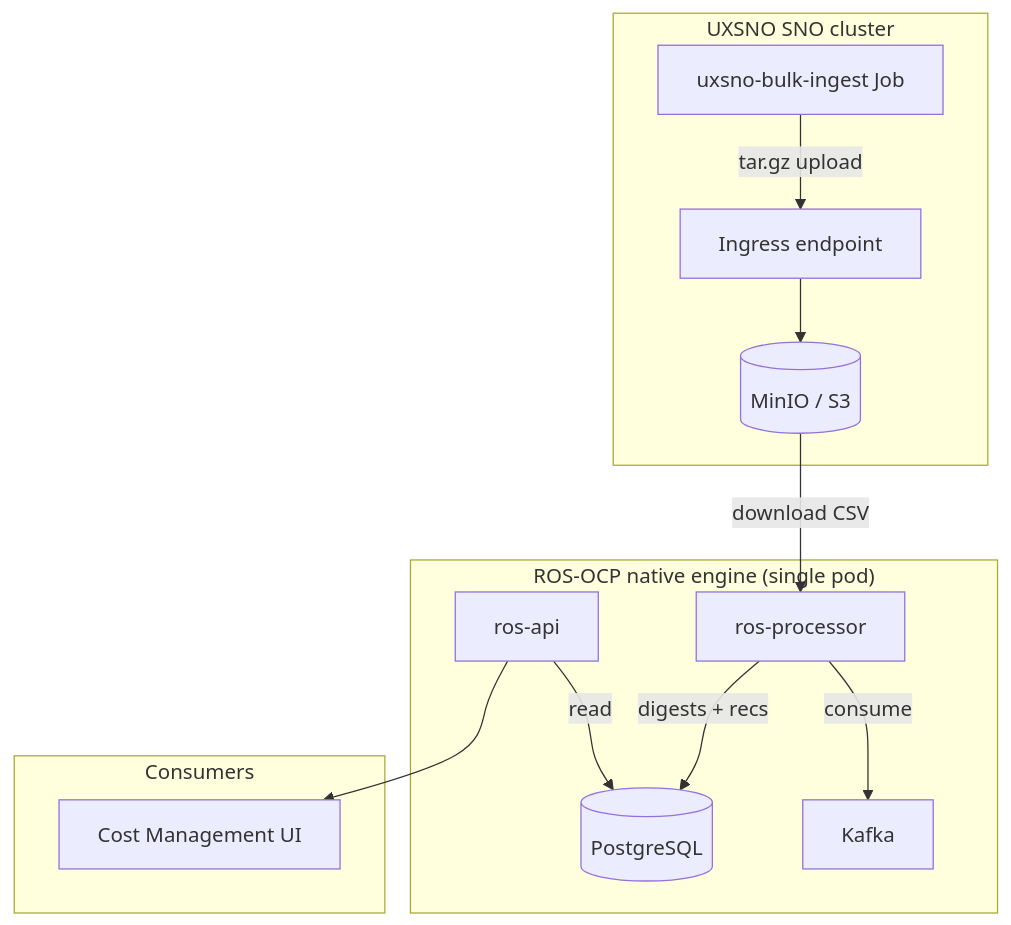
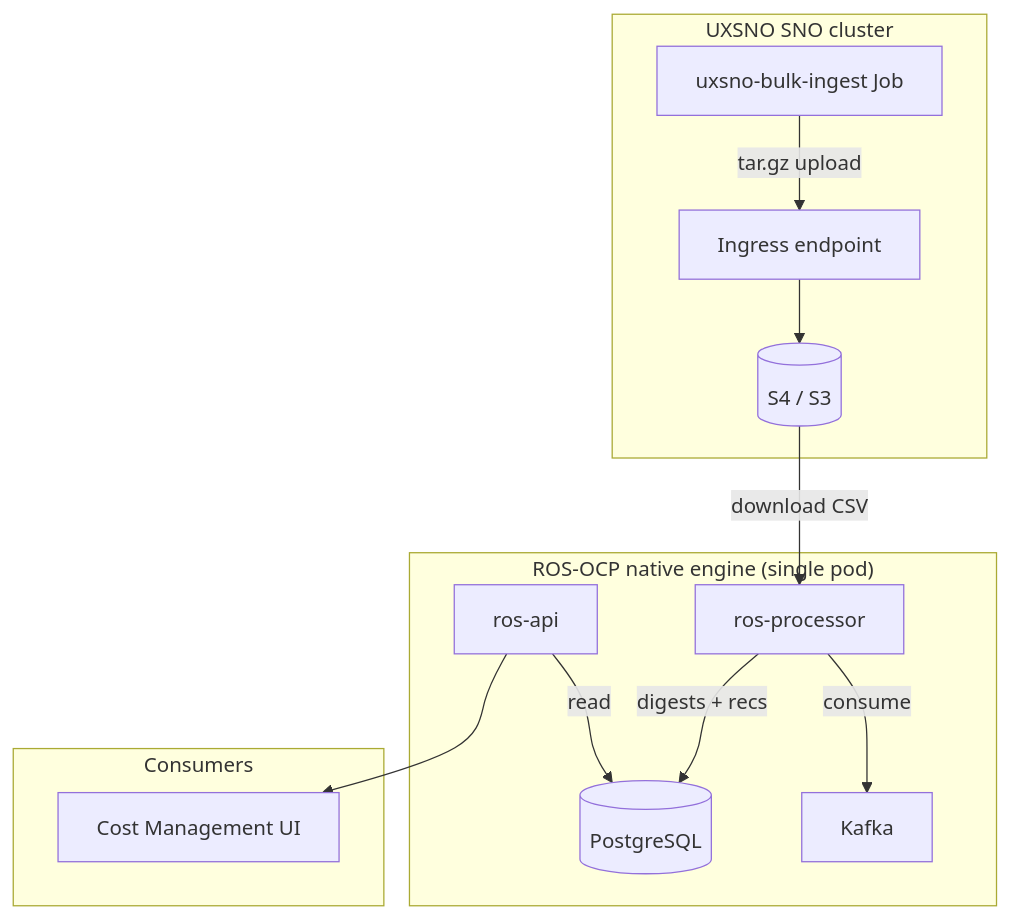
Before and after one commit to pgarciaq/ros-ocp-backend: the first of 2 diagrams in docs-site/operations/benchmark-report.md, drawn with Mermaid. The commit also changed other lines of this file, not shown here.

Commit message:
Fix benchmark report: storage is S4 (Ceph RGW), not MinIO

````diff
--- a/docs-site/operations/benchmark-report.md
+++ b/docs-site/operations/benchmark-report.md
@@ -46,19 +46,19 @@
 ```mermaid
 flowchart TD
     subgraph cluster["UXSNO SNO cluster"]
         Job[uxsno-bulk-ingest Job] -->|tar.gz upload| Ingress[Ingress endpoint]
-        Ingress --> S3[(MinIO / S3)]
+        Ingress --> S3[(S4 / S3)]
     end
 
     subgraph ros["ROS-OCP native engine (single pod)"]
         S3 -->|download CSV| Proc[ros-processor]
         Proc -->|digests + recs| PG[(PostgreSQL)]
         Proc -->|consume| Kafka[Kafka]
         API[ros-api] -->|read| PG
     end
 
     subgraph clients["Consumers"]
         UI[Cost Management UI]
         API --> UI
     end
 ```
````
